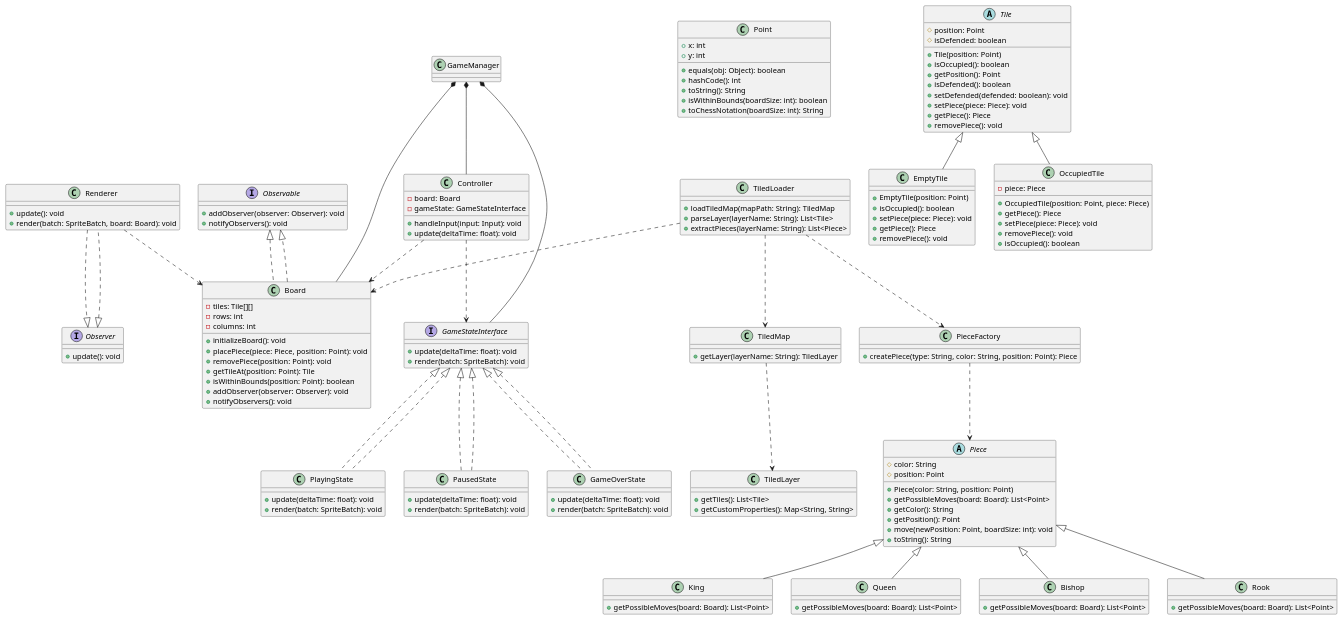
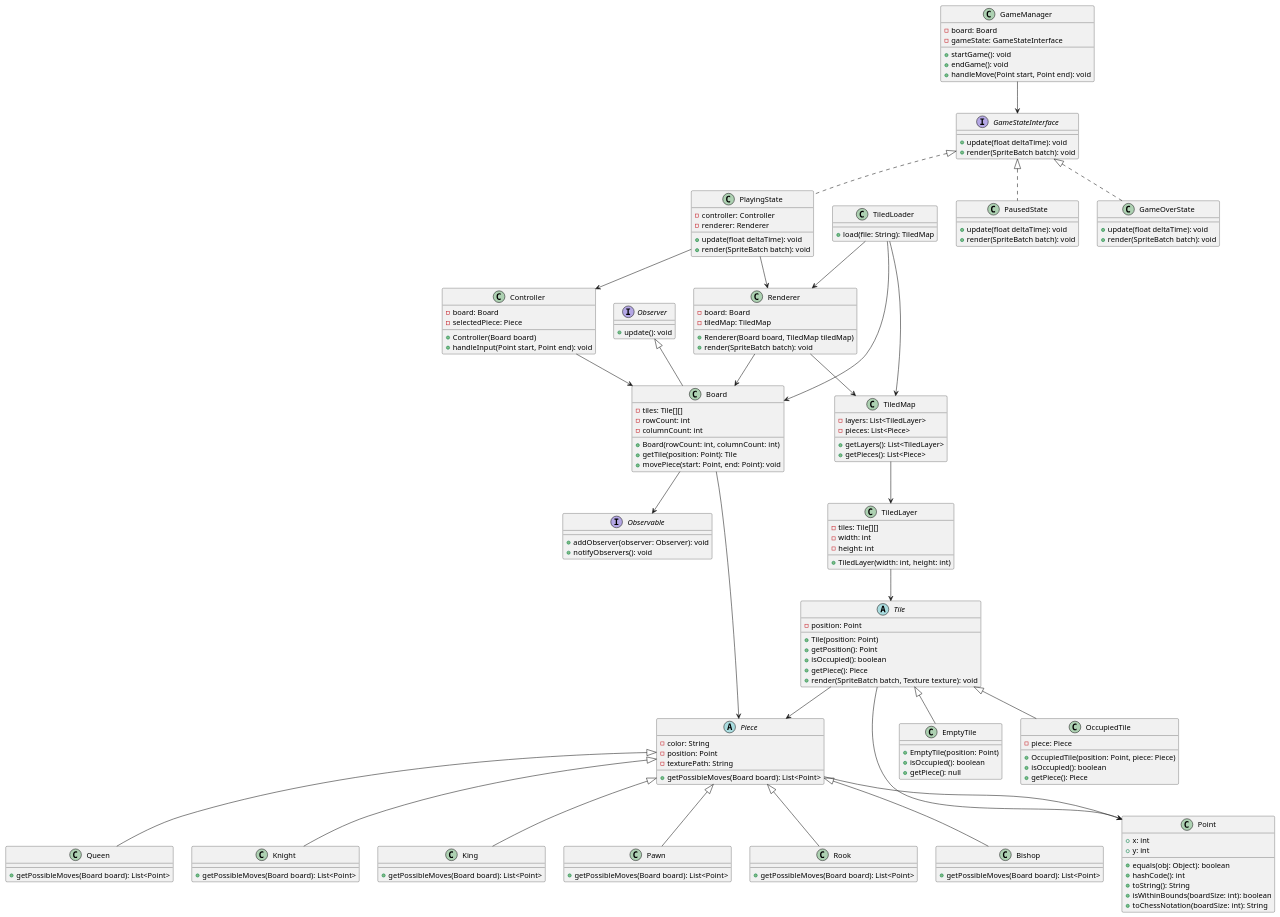
Before and after one commit to TerminalGambit/PCOO-projetfinal: the diagram in UML/SoloChess.puml, drawn with PlantUML. The commit also changed other lines of this file and 17 other files, not shown here.

```diff
--- a/UML/SoloChess.puml
+++ b/UML/SoloChess.puml
@@ -1,161 +2,166 @@
 @startuml
 
+' Interfaces for Observer Pattern
 interface Observable {
     +addObserver(observer: Observer): void
     +notifyObservers(): void
 }
 
 interface Observer {
     +update(): void
 }
 
+' Core domain classes
 class Point {
     +x: int
     +y: int
     +equals(obj: Object): boolean
     +hashCode(): int
     +toString(): String
     +isWithinBounds(boardSize: int): boolean
     +toChessNotation(boardSize: int): String
 }
 
 abstract class Tile {
-    #position: Point
-    #isDefended: boolean
+    -position: Point
     +Tile(position: Point)
+    +getPosition(): Point
     +isOccupied(): boolean
-    +getPosition(): Point
-    +isDefended(): boolean
-    +setDefended(defended: boolean): void
-    +setPiece(piece: Piece): void
     +getPiece(): Piece
-    +removePiece(): void
+    +render(SpriteBatch batch, Texture texture): void
 }
 
 class EmptyTile extends Tile {
     +EmptyTile(position: Point)
     +isOccupied(): boolean
-    +setPiece(piece: Piece): void
-    +getPiece(): Piece
-    +removePiece(): void
+    +getPiece(): null
 }
 
 class OccupiedTile extends Tile {
     -piece: Piece
     +OccupiedTile(position: Point, piece: Piece)
+    +isOccupied(): boolean
     +getPiece(): Piece
-    +setPiece(piece: Piece): void
-    +removePiece(): void
-    +isOccupied(): boolean
 }
 
 abstract class Piece {
-    #color: String
-    #position: Point
-    +Piece(color: String, position: Point)
-    +getPossibleMoves(board: Board): List<Point>
-    +getColor(): String
-    +getPosition(): Point
-    +move(newPosition: Point, boardSize: int): void
-    +toString(): String
+    -color: String
+    -position: Point
+    -texturePath: String
+    +getPossibleMoves(Board board): List<Point>
+}
+
+class Rook extends Piece {
+    +getPossibleMoves(Board board): List<Point>
+}
+
+class Bishop extends Piece {
+    +getPossibleMoves(Board board): List<Point>
+}
+
+class Queen extends Piece {
+    +getPossibleMoves(Board board): List<Point>
+}
+
+class Knight extends Piece {
+    +getPossibleMoves(Board board): List<Point>
 }
 
 class King extends Piece {
-    +getPossibleMoves(board: Board): List<Point>
+    +getPossibleMoves(Board board): List<Point>
 }
 
-class Queen extends Piece {
-    +getPossibleMoves(board: Board): List<Point>
+class Pawn extends Piece {
+    +getPossibleMoves(Board board): List<Point>
 }
 
-class Bishop extends Piece {
-    +getPossibleMoves(board: Board): List<Point>
+class Board {
+    -tiles: Tile[][]
+    -rowCount: int
+    -columnCount: int
+    +Board(rowCount: int, columnCount: int)
+    +getTile(position: Point): Tile
+    +movePiece(start: Point, end: Point): void
 }
 
-class Rook extends Piece {
-    +getPossibleMoves(board: Board): List<Point>
-}
-
-class Board implements Observable {
-    -tiles: Tile[][]
-    -rows: int
-    -columns: int
-    +initializeBoard(): void
-    +placePiece(piece: Piece, position: Point): void
-    +removePiece(position: Point): void
-    +getTileAt(position: Point): Tile
-    +isWithinBounds(position: Point): boolean
-    +addObserver(observer: Observer): void
-    +notifyObservers(): void
-}
-
-class PieceFactory {
-    +createPiece(type: String, color: String, position: Point): Piece
-}
-
-class Renderer implements Observer {
-    +update(): void
-    +render(batch: SpriteBatch, board: Board): void
+class Renderer {
+    -board: Board
+    -tiledMap: TiledMap
+    +Renderer(Board board, TiledMap tiledMap)
+    +render(SpriteBatch batch): void
 }
 
 class Controller {
     -board: Board
+    -selectedPiece: Piece
+    +Controller(Board board)
+    +handleInput(Point start, Point end): void
+}
+
+class TiledLoader {
+    +load(file: String): TiledMap
+}
+
+class TiledMap {
+    -layers: List<TiledLayer>
+    -pieces: List<Piece>
+    +getLayers(): List<TiledLayer>
+    +getPieces(): List<Piece>
+}
+
+class TiledLayer {
+    -tiles: Tile[][]
+    -width: int
+    -height: int
+    +TiledLayer(width: int, height: int)
+}
+
+class GameManager {
+    -board: Board
     -gameState: GameStateInterface
-    +handleInput(input: Input): void
-    +update(deltaTime: float): void
+    +startGame(): void
+    +endGame(): void
+    +handleMove(Point start, Point end): void
 }
 
 interface GameStateInterface {
-    +update(deltaTime: float): void
-    +render(batch: SpriteBatch): void
+    +update(float deltaTime): void
+    +render(SpriteBatch batch): void
 }
 
 class PlayingState implements GameStateInterface {
-    +update(deltaTime: float): void
-    +render(batch: SpriteBatch): void
+    -controller: Controller
+    -renderer: Renderer
+    +update(float deltaTime): void
+    +render(SpriteBatch batch): void
 }
 
 class PausedState implements GameStateInterface {
-    +update(deltaTime: float): void
-    +render(batch: SpriteBatch): void
+    +update(float deltaTime): void
+    +render(SpriteBatch batch): void
 }
 
 class GameOverState implements GameStateInterface {
-    +update(deltaTime: float): void
-    +render(batch: SpriteBatch): void
+    +update(float deltaTime): void
+    +render(SpriteBatch batch): void
 }
 
-class TiledLoader {
-    +loadTiledMap(mapPath: String): TiledMap
-    +parseLayer(layerName: String): List<Tile>
-    +extractPieces(layerName: String): List<Piece>
-}
-
-class TiledMap {
-    +getLayer(layerName: String): TiledLayer
-}
-
-class TiledLayer {
-    +getTiles(): List<Tile>
-    +getCustomProperties(): Map<String, String>
-}
-
-GameManager *-- Board
-GameManager *-- GameStateInterface
-GameManager *-- Controller
-
-PieceFactory ..> Piece
-Renderer ..> Board
-Controller ..> Board
-Controller ..> GameStateInterface
-Board ..|> Observable
-Renderer ..|> Observer
-GameStateInterface <|.. PlayingState
-GameStateInterface <|.. PausedState
-GameStateInterface <|.. GameOverState
-TiledLoader ..> TiledMap
-TiledMap ..> TiledLayer
-TiledLoader ..> Board
-TiledLoader ..> PieceFactory
+GameManager --> GameStateInterface
+PlayingState --> Renderer
+PlayingState --> Controller
+Renderer --> Board
+Renderer --> TiledMap
+Controller --> Board
+Piece --> Point
+Tile --> Point
+TiledMap --> TiledLayer
+TiledLayer --> Tile
+TiledLoader --> TiledMap
+TiledLoader --> Renderer
+TiledLoader --> Board
+Board --> Piece
+Tile --> Piece
+Board --> Observable
+Observer <|-- Board
 
 @enduml
```
